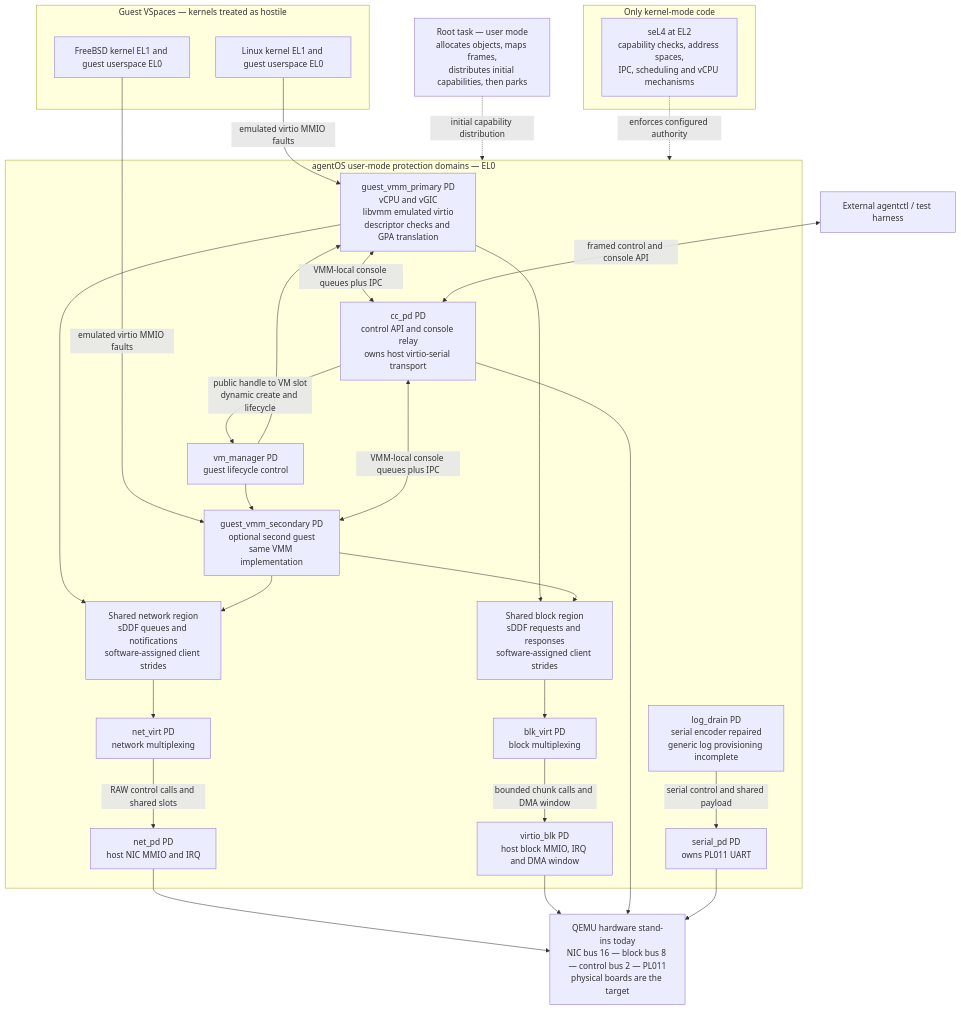
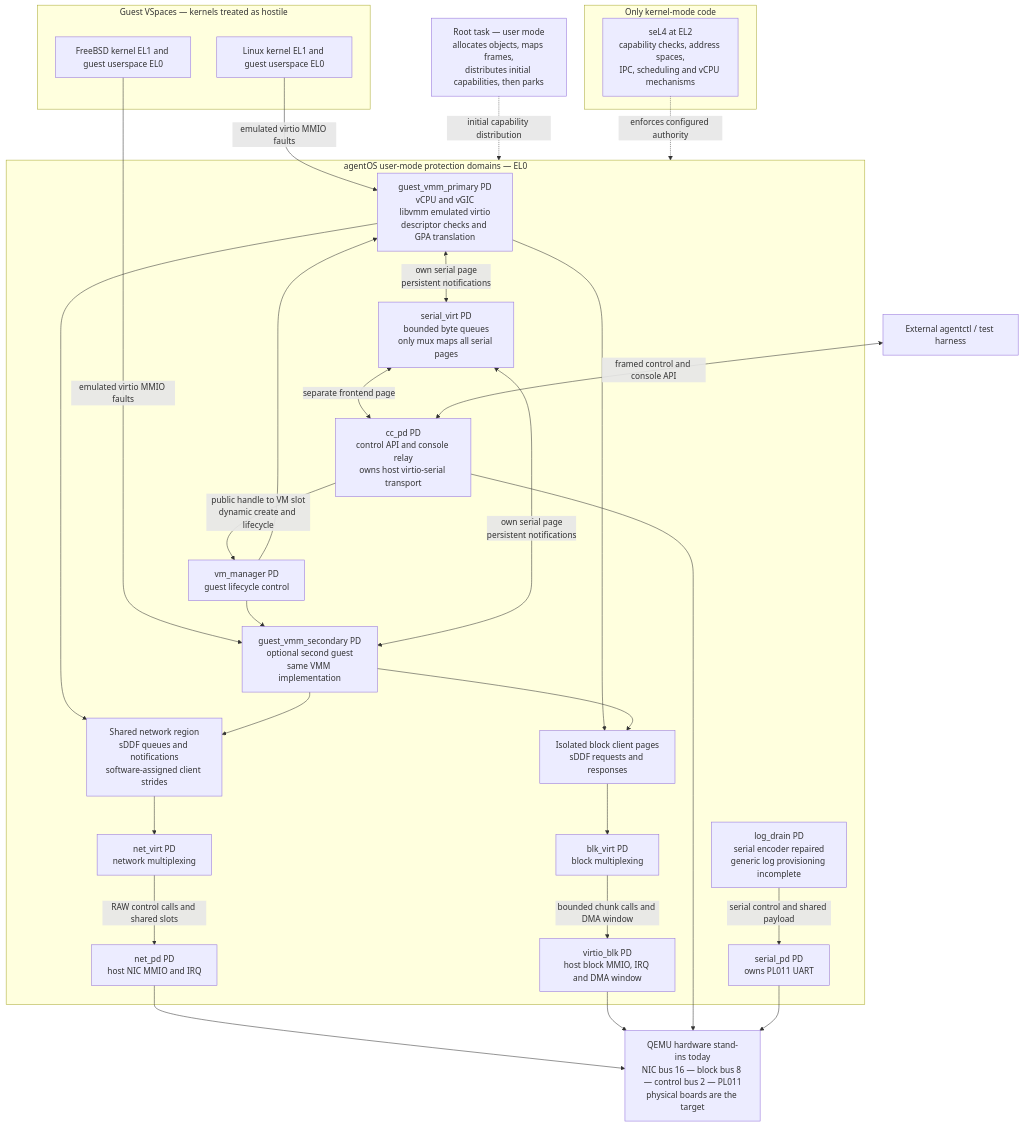
The first of 2 diagrams in docs/security-architecture.md (jordanhubbard/agentos), drawn with Mermaid before and after one commit. The commit also changed other lines of this file and 23 other files, not shown here.

First line of the commit message:
platform: route guest console bytes through serial virtualizer queues

````diff
--- a/docs/security-architecture.md
+++ b/docs/security-architecture.md
@@ -15,50 +15,52 @@
 ```mermaid
 flowchart TB
   subgraph guests[Guest VSpaces — kernels treated as hostile]
     linux[Linux kernel EL1 and guest userspace EL0]
     freebsd[FreeBSD kernel EL1 and guest userspace EL0]
   end
   subgraph userspace[agentOS user-mode protection domains — EL0]
     primary[guest_vmm_primary PD<br/>vCPU and vGIC<br/>libvmm emulated virtio<br/>descriptor checks and GPA translation]
     secondary[guest_vmm_secondary PD<br/>optional second guest<br/>same VMM implementation]
     netq[Shared network region<br/>sDDF queues and notifications<br/>software-assigned client strides]
-    blkq[Shared block region<br/>sDDF requests and responses<br/>software-assigned client strides]
+    blkq[Isolated block client pages<br/>sDDF requests and responses]
     nv[net_virt PD<br/>network multiplexing]
     bv[blk_virt PD<br/>block multiplexing]
+    sv[serial_virt PD<br/>bounded byte queues<br/>only mux maps all serial pages]
     nd[net_pd PD<br/>host NIC MMIO and IRQ]
     bd[virtio_blk PD<br/>host block MMIO, IRQ and DMA window]
     cc[cc_pd PD<br/>control API and console relay<br/>owns host virtio-serial transport]
     manager[vm_manager PD<br/>guest lifecycle control]
     serial[serial_pd PD<br/>owns PL011 UART]
     logs[log_drain PD<br/>serial encoder repaired<br/>generic log provisioning incomplete]
   end
   subgraph kernel[Only kernel-mode code]
     sel4[seL4 at EL2<br/>capability checks, address spaces,<br/>IPC, scheduling and vCPU mechanisms]
   end
   root[Root task — user mode<br/>allocates objects, maps frames,<br/>distributes initial capabilities, then parks]
   hardware[QEMU hardware stand-ins today<br/>NIC bus 16 — block bus 8 — control bus 2 — PL011<br/>physical boards are the target]
   operator[External agentctl / test harness]
   linux -->|emulated virtio MMIO faults| primary
   freebsd -->|emulated virtio MMIO faults| secondary
   primary --> netq
   secondary --> netq
   primary --> blkq
   secondary --> blkq
   netq --> nv
   blkq --> bv
   nv -->|RAW control calls and shared slots| nd
   bv -->|bounded chunk calls and DMA window| bd
-  primary <-->|VMM-local console queues plus IPC| cc
-  secondary <-->|VMM-local console queues plus IPC| cc
+  primary <-->|own serial page<br/>persistent notifications| sv
+  secondary <-->|own serial page<br/>persistent notifications| sv
+  sv <-->|separate frontend page| cc
   operator <-->|framed control and console API| cc
   cc -->|public handle to VM slot<br/>dynamic create and lifecycle| manager
   manager --> primary
   manager --> secondary
   logs -->|serial control and shared payload| serial
   nd --> hardware
   bd --> hardware
   cc --> hardware
   serial --> hardware
   root -.->|initial capability distribution| userspace
   sel4 -.->|enforces configured authority| userspace
 ```
````
